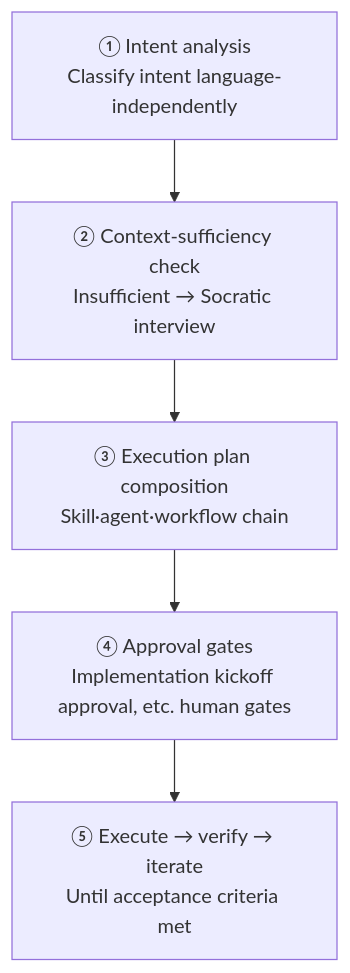
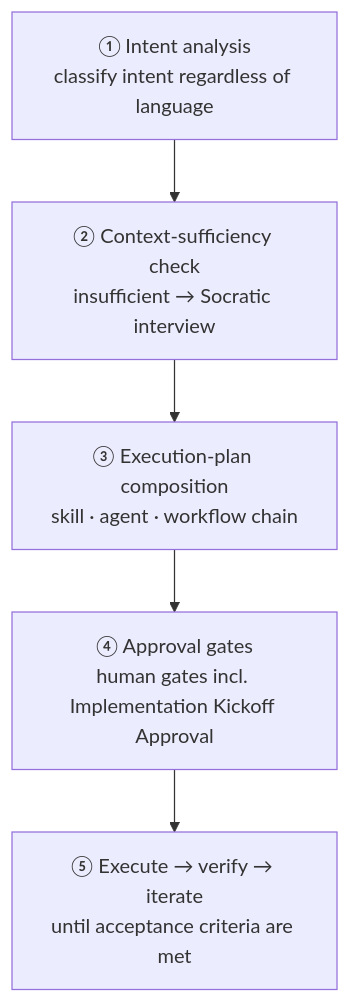
Before and after one commit to modu-ai/moai-adk: the first of 2 diagrams in docs-site/content/en/advanced/analyze-first-routing.md, drawn with Mermaid. The commit also changed other lines of this file and 25 other files, not shown here.

````diff
--- a/docs-site/content/en/advanced/analyze-first-routing.md
+++ b/docs-site/content/en/advanced/analyze-first-routing.md
@@ -16,7 +33,7 @@
 ```mermaid
 flowchart TD
-    A["① Intent analysis<br/>Classify intent language-independently"] --> B["② Context-sufficiency check<br/>Insufficient → Socratic interview"]
-    B --> C["③ Execution plan composition<br/>Skill·agent·workflow chain"]
-    C --> D["④ Approval gates<br/>Implementation kickoff approval, etc. human gates"]
-    D --> E["⑤ Execute → verify → iterate<br/>Until acceptance criteria met"]
+    A["① Intent analysis<br/>classify intent regardless of language"] --> B["② Context-sufficiency check<br/>insufficient → Socratic interview"]
+    B --> C["③ Execution-plan composition<br/>skill · agent · workflow chain"]
+    C --> D["④ Approval gates<br/>human gates incl. Implementation Kickoff Approval"]
+    D --> E["⑤ Execute → verify → iterate<br/>until acceptance criteria are met"]
 ```
````
